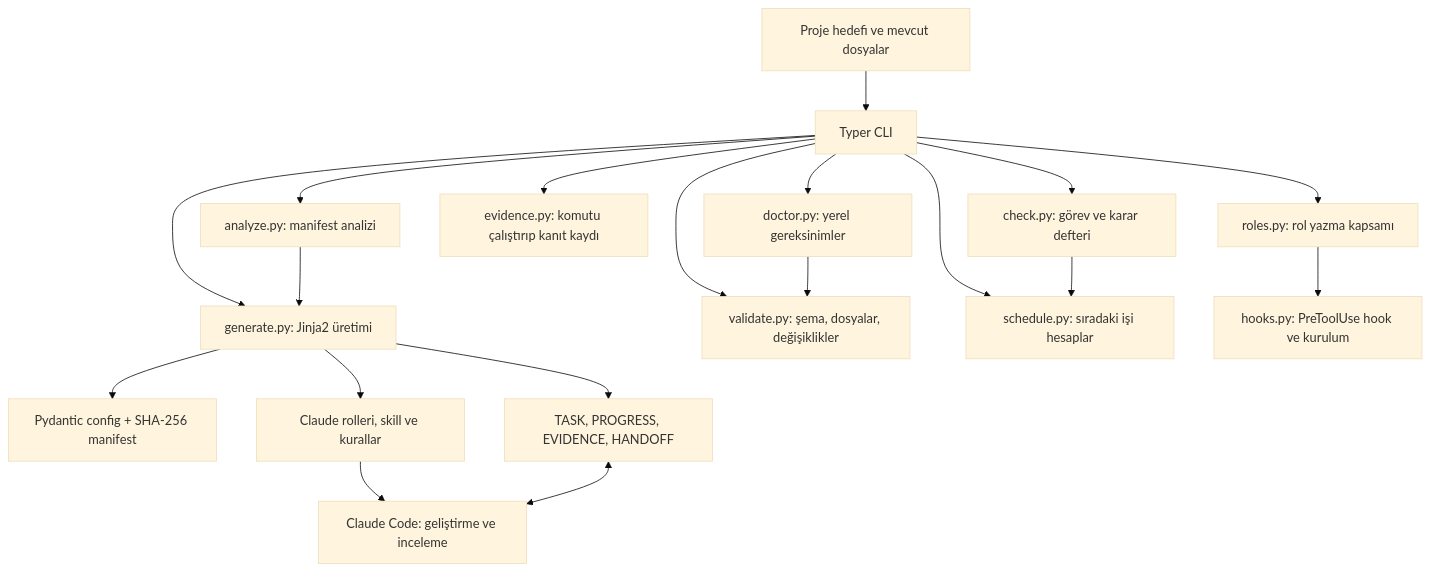
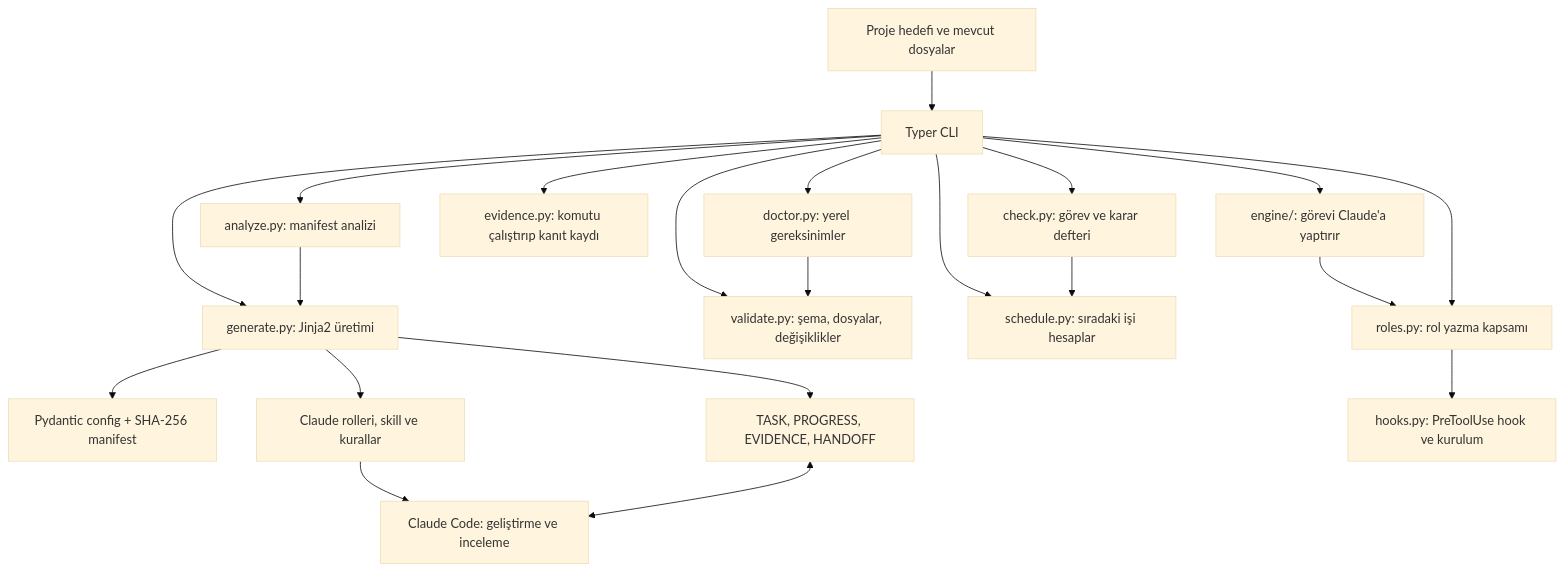
Before and after one commit to hakanngul/AgentHarnessStaterKit: the diagram in docs/ARCHITECTURE.md, drawn with Mermaid (base theme). The commit also changed other lines of this file and 17 other files, not shown here.

````diff
--- a/docs/ARCHITECTURE.md
+++ b/docs/ARCHITECTURE.md
@@ -3,21 +3,23 @@
 ```mermaid
 flowchart TD
   User[Proje hedefi ve mevcut dosyalar] --> CLI[Typer CLI]
   CLI --> Analyze[analyze.py: manifest analizi]
   CLI --> Generate[generate.py: Jinja2 üretimi]
   Analyze --> Generate
   Generate --> Config[Pydantic config + SHA-256 manifest]
   Generate --> Roles[Claude rolleri, skill ve kurallar]
   Generate --> Memory[TASK, PROGRESS, EVIDENCE, HANDOFF]
   CLI --> Validate[validate.py: şema, dosyalar, değişiklikler]
   CLI --> Check[check.py: görev ve karar defteri]
   CLI --> Evidence[evidence.py: komutu çalıştırıp kanıt kaydı]
   CLI --> Schedule[schedule.py: sıradaki işi hesaplar]
+  CLI --> Engine[engine/: görevi Claude'a yaptırır]
+  Engine --> RoleScope
   Check --> Schedule
   CLI --> RoleScope[roles.py: rol yazma kapsamı]
   RoleScope --> Hooks[hooks.py: PreToolUse hook ve kurulum]
   CLI --> Doctor[doctor.py: yerel gereksinimler]
   Doctor --> Validate
   Roles --> Runtime[Claude Code: geliştirme ve inceleme]
   Memory <--> Runtime
 ```
````
